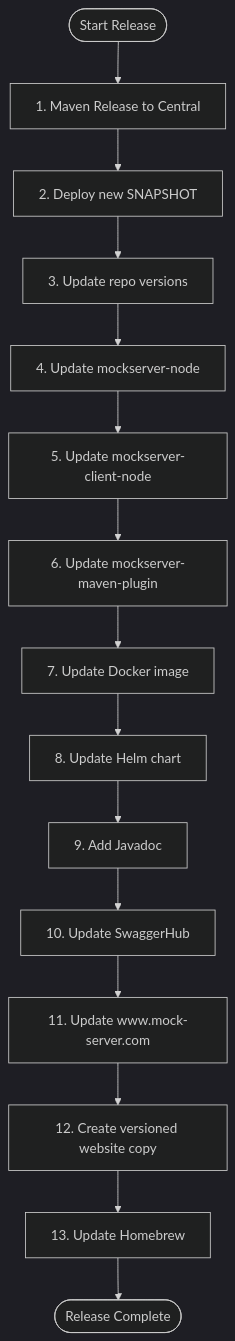
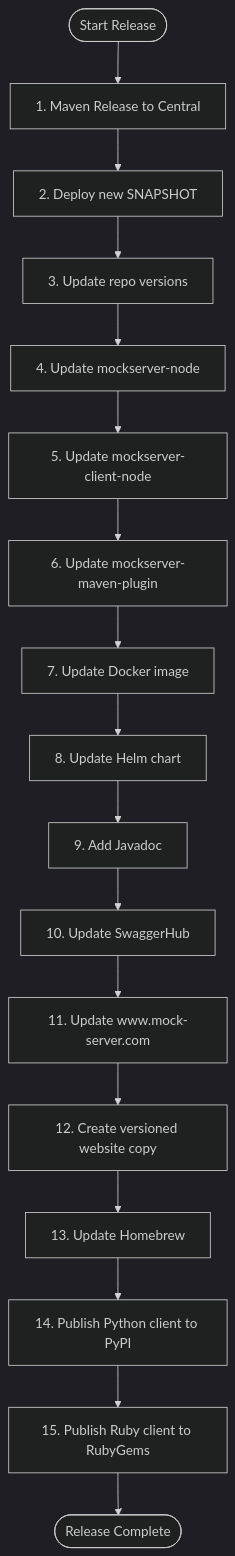
The first of 3 diagrams in docs/operations/release-process.md (mock-server/mockserver), drawn with Mermaid (dark theme) before and after one commit. The commit also changed other lines of this file and 30 other files, not shown here.

First line of the commit message:
Add Python and Ruby client release infrastructure

````diff
--- a/docs/operations/release-process.md
+++ b/docs/operations/release-process.md
@@ -7,17 +7,19 @@
 ```mermaid
 flowchart TD
     START([Start Release]) --> MVN_REL[1. Maven Release to Central]
     MVN_REL --> MVN_SNAP[2. Deploy new SNAPSHOT]
     MVN_SNAP --> UPDATE_REPO[3. Update repo versions]
     UPDATE_REPO --> NODE[4. Update mockserver-node]
     NODE --> CLIENT_NODE[5. Update mockserver-client-node]
     CLIENT_NODE --> MVN_PLUGIN[6. Update mockserver-maven-plugin]
     MVN_PLUGIN --> DOCKER[7. Update Docker image]
     DOCKER --> HELM[8. Update Helm chart]
     HELM --> JAVADOC[9. Add Javadoc]
     JAVADOC --> SWAGGER[10. Update SwaggerHub]
     SWAGGER --> WEBSITE[11. Update www.mock-server.com]
     WEBSITE --> VERSIONED[12. Create versioned website copy]
     VERSIONED --> HOMEBREW[13. Update Homebrew]
-    HOMEBREW --> DONE([Release Complete])
+    HOMEBREW --> PYTHON[14. Publish Python client to PyPI]
+    PYTHON --> RUBY[15. Publish Ruby client to RubyGems]
+    RUBY --> DONE([Release Complete])
 ```
````
